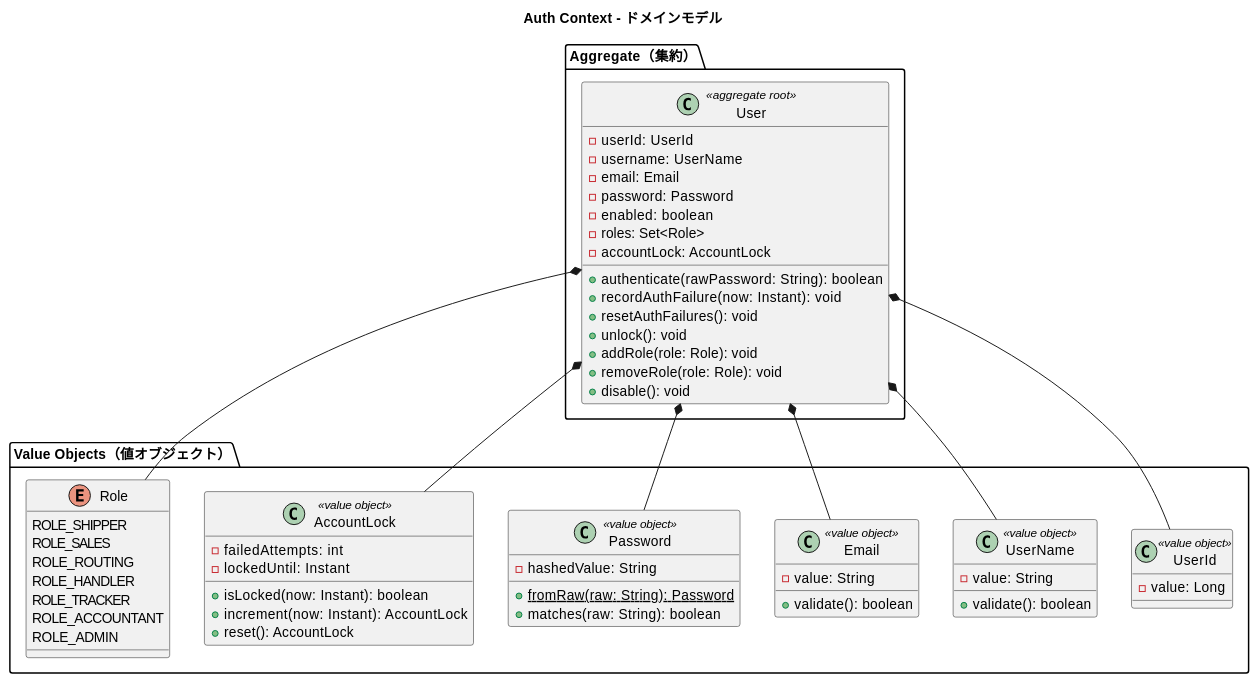
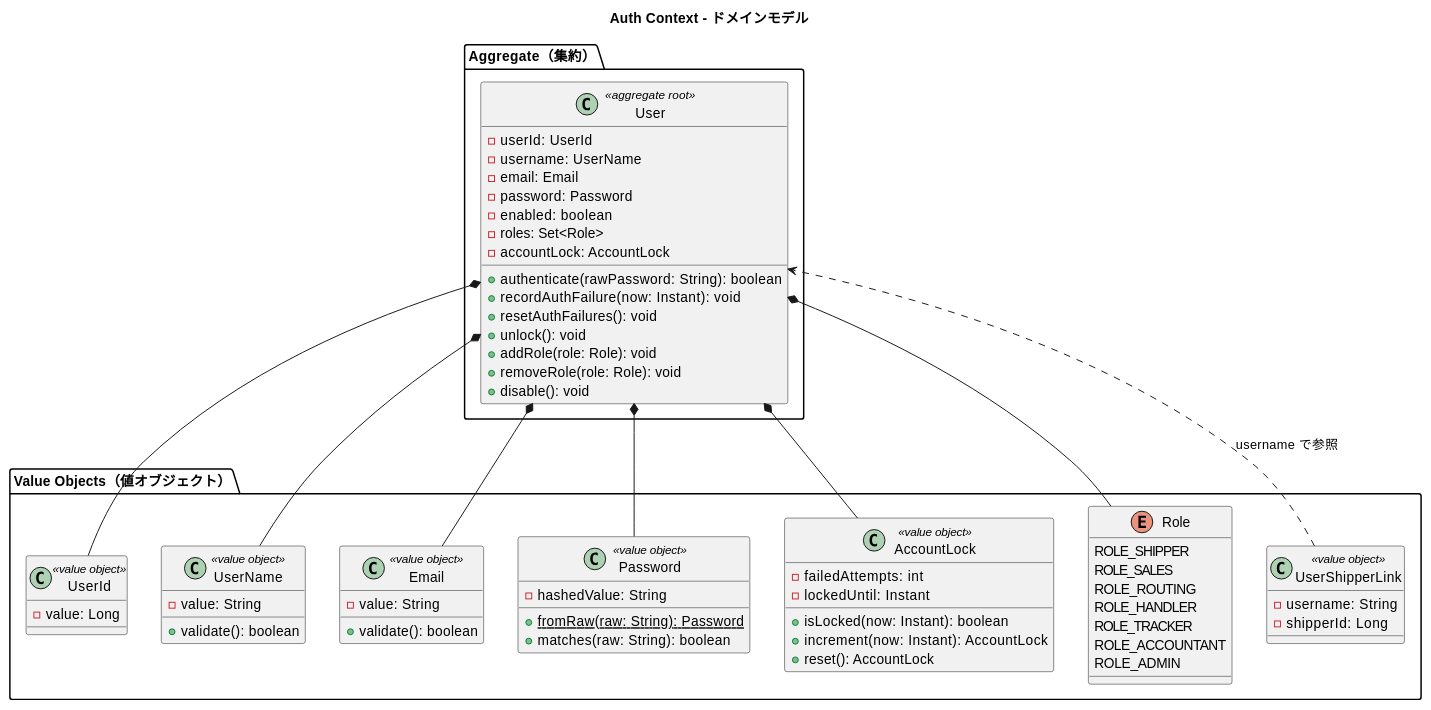
The third of 10 diagrams in docs/design/domain-model.md (k2works/case-study-cargo-tracker), drawn with PlantUML before and after one commit. The commit also changed other lines of this file and 2 other files, not shown here.

````diff
--- a/docs/design/domain-model.md
+++ b/docs/design/domain-model.md
@@ -204,67 +210,72 @@
 ```plantuml
 @startuml
 title Auth Context - ドメインモデル
 
 package "Aggregate（集約）" {
   class User <<aggregate root>> {
     -userId: UserId
     -username: UserName
     -email: Email
     -password: Password
     -enabled: boolean
     -roles: Set<Role>
     -accountLock: AccountLock
     +authenticate(rawPassword: String): boolean
     +recordAuthFailure(now: Instant): void
     +resetAuthFailures(): void
     +unlock(): void
     +addRole(role: Role): void
     +removeRole(role: Role): void
     +disable(): void
   }
 }
 
 package "Value Objects（値オブジェクト）" {
   class UserId <<value object>> {
     -value: Long
   }
   class UserName <<value object>> {
     -value: String
     +validate(): boolean
   }
   class Email <<value object>> {
     -value: String
     +validate(): boolean
   }
   class Password <<value object>> {
     -hashedValue: String
     +{static} fromRaw(raw: String): Password
     +matches(raw: String): boolean
   }
   class AccountLock <<value object>> {
     -failedAttempts: int
     -lockedUntil: Instant
     +isLocked(now: Instant): boolean
     +increment(now: Instant): AccountLock
     +reset(): AccountLock
   }
+  class UserShipperLink <<value object>> {
+    -username: String
+    -shipperId: Long
+  }
   enum Role {
     ROLE_SHIPPER
     ROLE_SALES
     ROLE_ROUTING
     ROLE_HANDLER
     ROLE_TRACKER
     ROLE_ACCOUNTANT
     ROLE_ADMIN
   }
 }
 
 User *-- UserId
 User *-- UserName
 User *-- Email
 User *-- Password
 User *-- AccountLock
 User *-- Role
+UserShipperLink ..> User : username で参照
 
 @enduml
 ```
````
